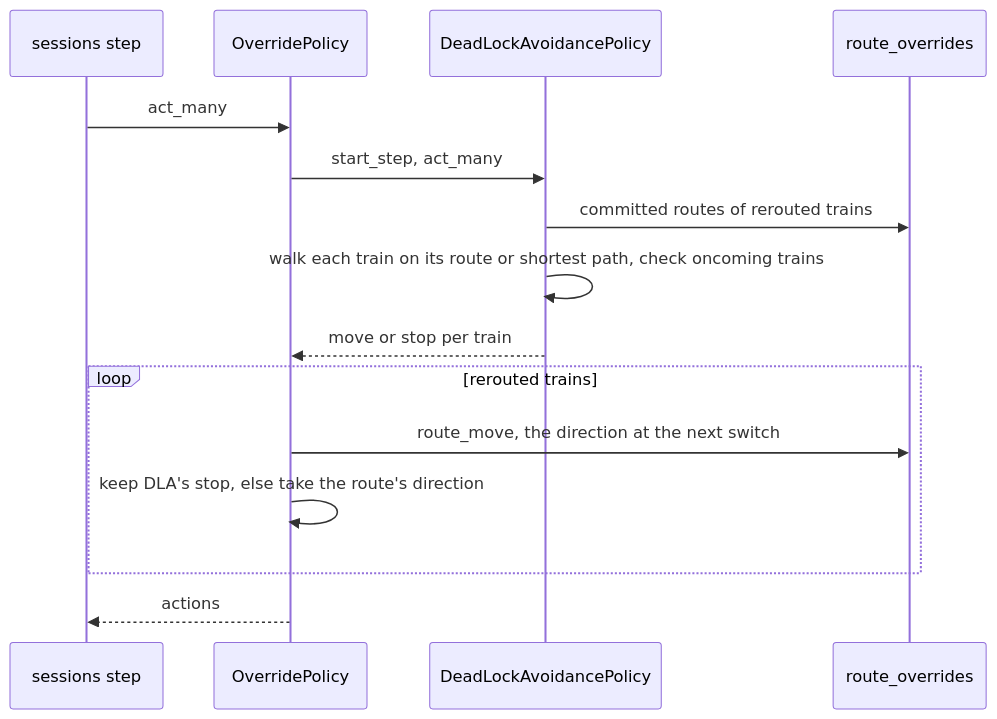
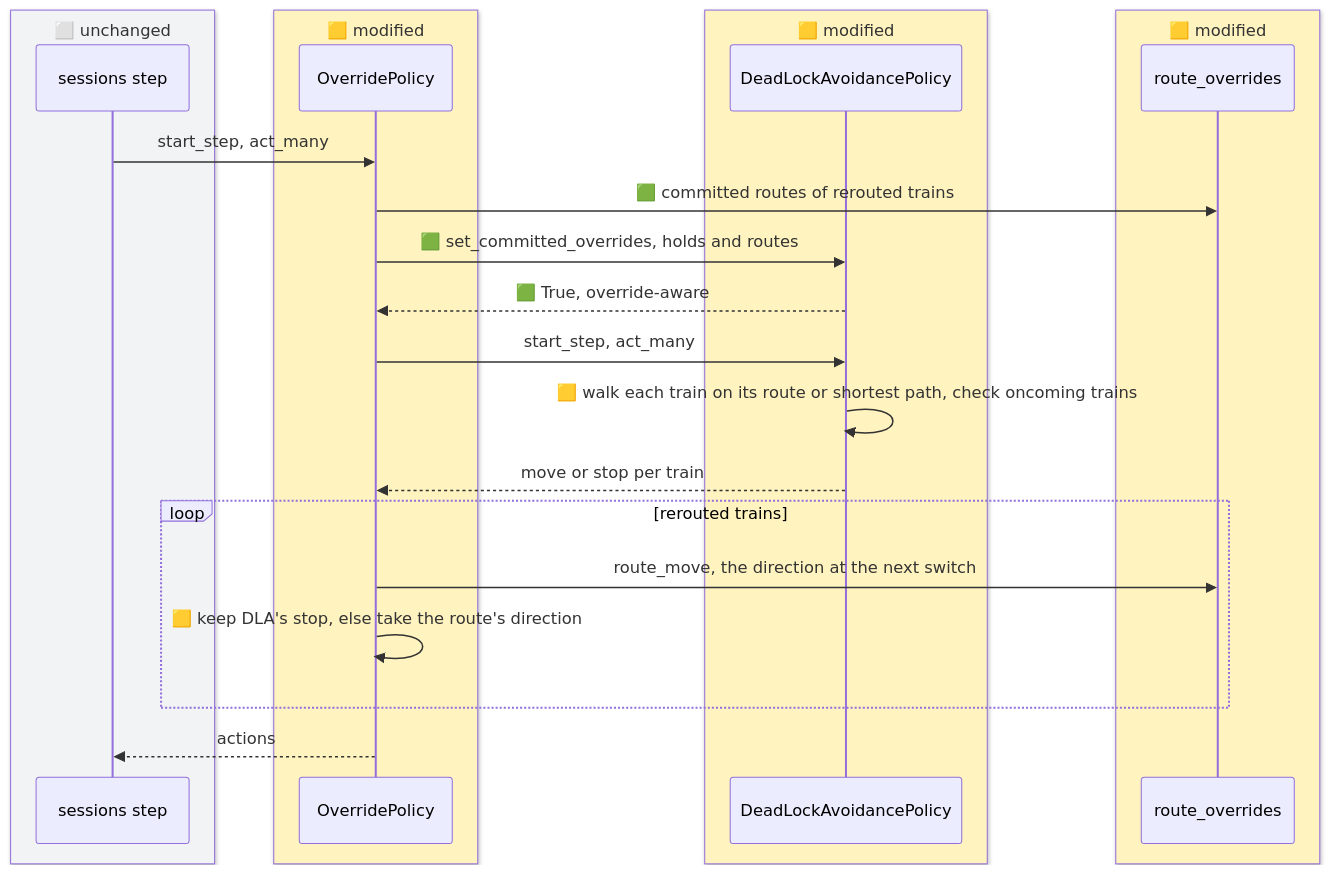
The tenth of 18 diagrams in docs/plans/set-route-on-map.md (flatland-association/flatland-ui-hub), drawn with Mermaid before and after one commit. The commit also changed other lines of this file, not shown here.

Commit message:
docs(plans): decide Q-11 to Q-13, describe the driver interfaces, #208's kept overrides and ROAM, and plan S-6.

````diff
--- a/docs/plans/set-route-on-map.md
+++ b/docs/plans/set-route-on-map.md
@@ -467,17 +1135,27 @@
 ```mermaid
 sequenceDiagram
-    participant SES as sessions step
-    participant OP as OverridePolicy
-    participant D as DeadLockAvoidancePolicy
-    participant RO as route_overrides
-    SES->>OP: act_many
+    box rgb(241,243,245) ⬜ unchanged
+        participant SES as sessions step
+    end
+    box rgb(255,243,191) 🟨 modified
+        participant OP as OverridePolicy
+    end
+    box rgb(255,243,191) 🟨 modified
+        participant D as DeadLockAvoidancePolicy
+    end
+    box rgb(255,243,191) 🟨 modified
+        participant RO as route_overrides
+    end
+    SES->>OP: start_step, act_many
+    OP->>RO: 🟩 committed routes of rerouted trains
+    OP->>D: 🟩 set_committed_overrides, holds and routes
+    D-->>OP: 🟩 True, override-aware
     OP->>D: start_step, act_many
-    D->>RO: committed routes of rerouted trains
-    D->>D: walk each train on its route or shortest path, check oncoming trains
+    D->>D: 🟨 walk each train on its route or shortest path, check oncoming trains
     D-->>OP: move or stop per train
     loop rerouted trains
         OP->>RO: route_move, the direction at the next switch
-        OP->>OP: keep DLA's stop, else take the route's direction
+        OP->>OP: 🟨 keep DLA's stop, else take the route's direction
     end
     OP-->>SES: actions
 ```
````
